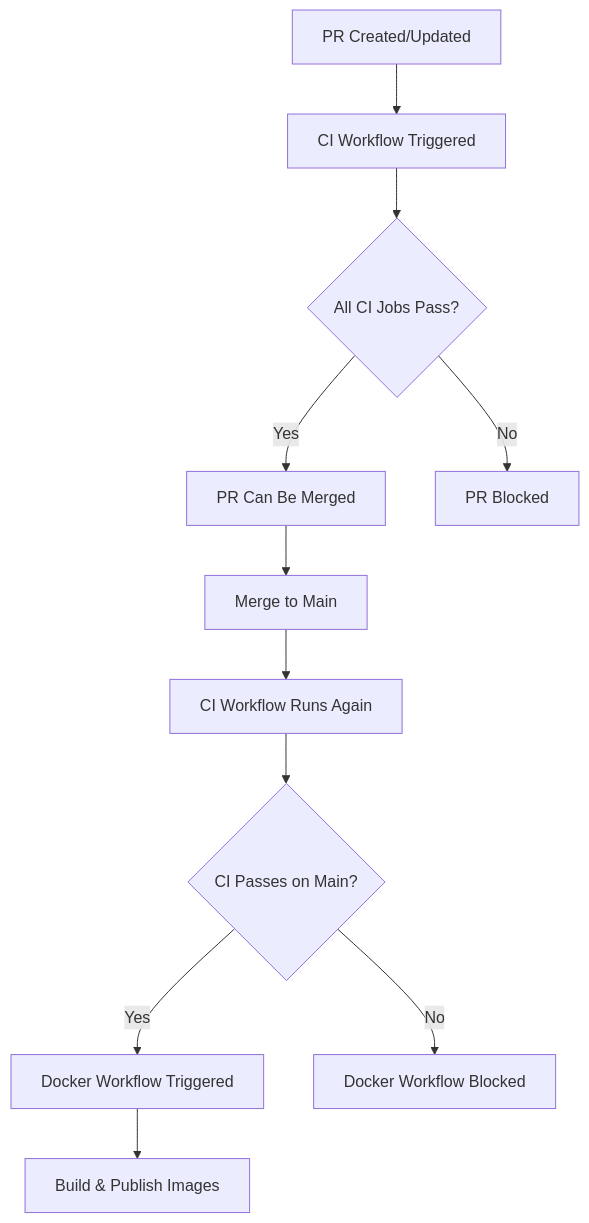
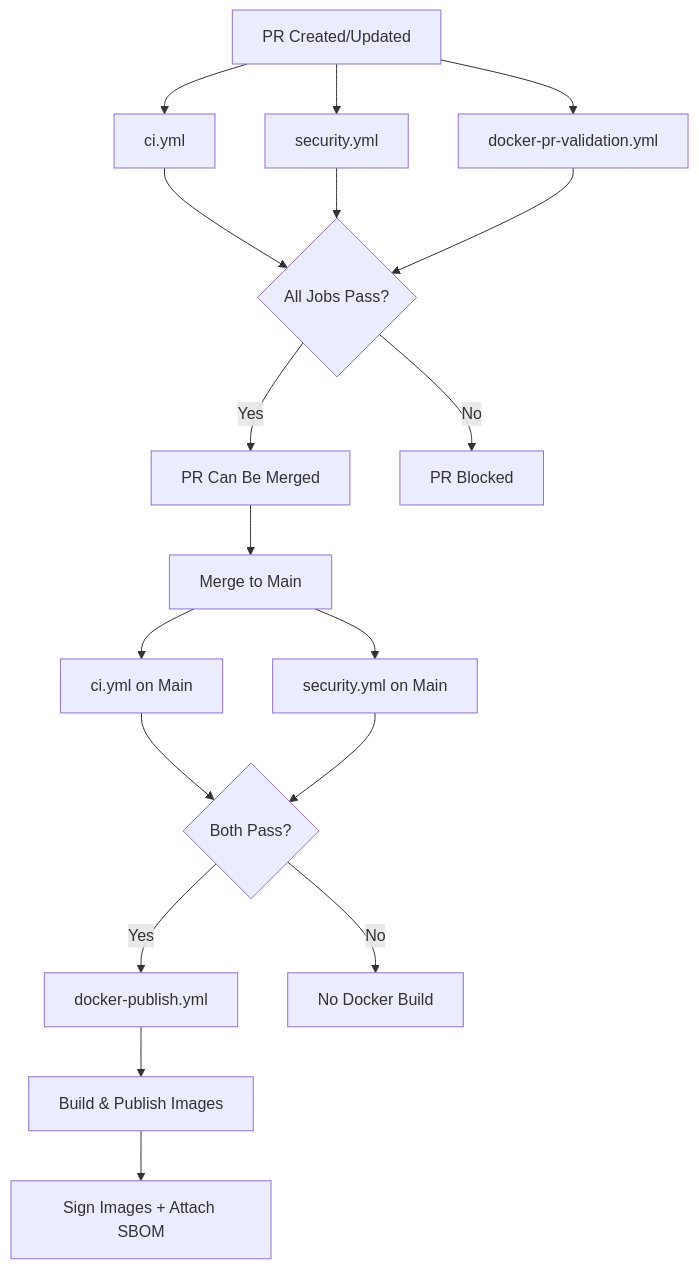
The diagram in docs/BRANCH_PROTECTION.md (3soos3/solve-it-mcp), drawn with Mermaid before and after one commit. The commit also changed other lines of this file and 13 other files, not shown here.

First line of the commit message:
feat: Workflow refactoring, license compliance, and security features (#4)

````diff
--- a/docs/BRANCH_PROTECTION.md
+++ b/docs/BRANCH_PROTECTION.md
@@ -66,13 +100,26 @@
 ```mermaid
 graph TD
-    A[PR Created/Updated] --> B[CI Workflow Triggered]
-    B --> C{All CI Jobs Pass?}
-    C -->|Yes| D[PR Can Be Merged]
-    C -->|No| E[PR Blocked]
-    D --> F[Merge to Main]
-    F --> G[CI Workflow Runs Again]
-    G --> H{CI Passes on Main?}
-    H -->|Yes| I[Docker Workflow Triggered]
-    H -->|No| J[Docker Workflow Blocked]
-    I --> K[Build & Publish Images]
+    A[PR Created/Updated] --> B[ci.yml]
+    A --> C[security.yml]
+    A --> D[docker-pr-validation.yml]
+    
+    B --> E{All Jobs Pass?}
+    C --> E
+    D --> E
+    
+    E -->|Yes| F[PR Can Be Merged]
+    E -->|No| G[PR Blocked]
+    
+    F --> H[Merge to Main]
+    H --> I[ci.yml on Main]
+    H --> J[security.yml on Main]
+    
+    I --> K{Both Pass?}
+    J --> K
+    
+    K -->|Yes| L[docker-publish.yml]
+    K -->|No| M[No Docker Build]
+    
+    L --> N[Build & Publish Images]
+    N --> O[Sign Images + Attach SBOM]
 ```
````
